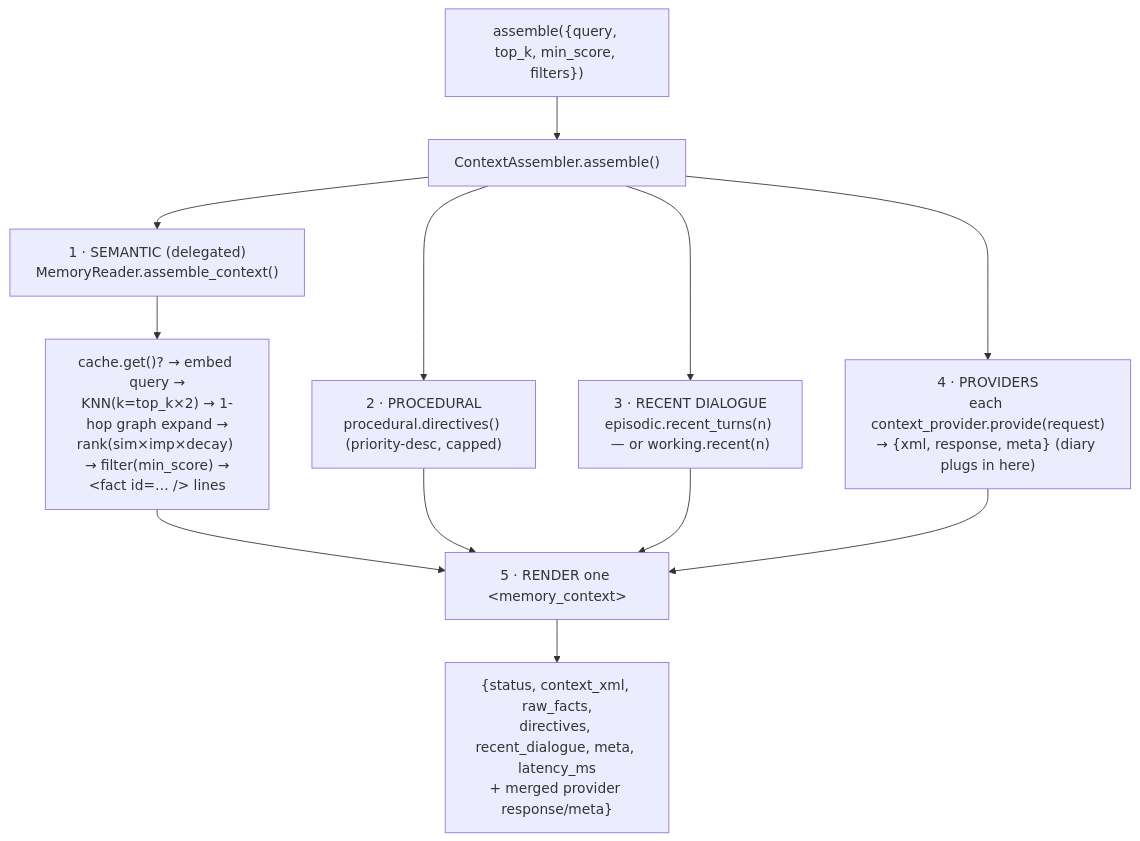
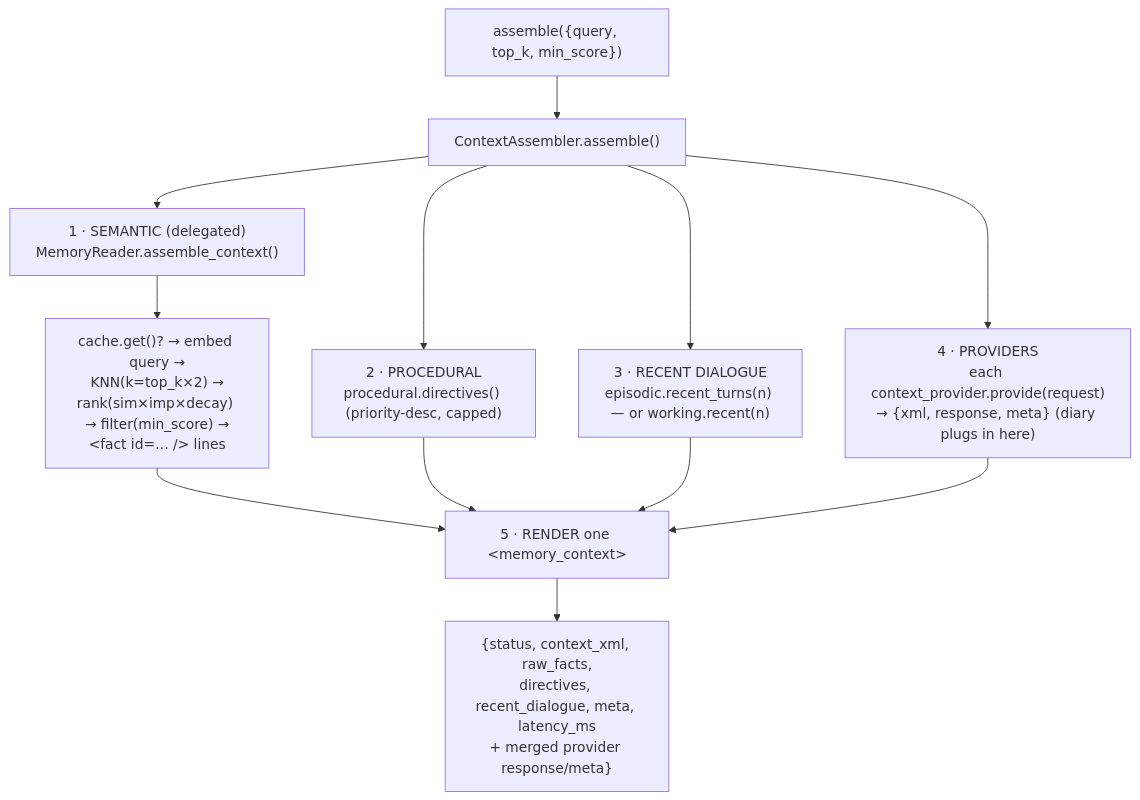
The third of 3 diagrams in docs/io/data-flow.md (Sakushi-Dev/nexus_memory), drawn with Mermaid before and after one commit. The commit also changed other lines of this file and 17 other files, not shown here.

````diff
--- a/docs/io/data-flow.md
+++ b/docs/io/data-flow.md
@@ -181,18 +181,18 @@
 ```mermaid
 flowchart TB
-  req["assemble({query, top_k, min_score, filters})"]
+  req["assemble({query, top_k, min_score})"]
   req --> CA["ContextAssembler.assemble()"]
 
   CA --> S["1 · SEMANTIC (delegated)<br/>MemoryReader.assemble_context()"]
-  S --> Sd["cache.get()? → embed query →<br/>KNN(k=top_k×2) → 1-hop graph expand →<br/>rank(sim×imp×decay) → filter(min_score) →<br/>&lt;fact id=… /&gt; lines"]
+  S --> Sd["cache.get()? → embed query →<br/>KNN(k=top_k×2) →<br/>rank(sim×imp×decay) → filter(min_score) →<br/>&lt;fact id=… /&gt; lines"]
 
   CA --> P["2 · PROCEDURAL<br/>procedural.directives() (priority-desc, capped)"]
   CA --> R["3 · RECENT DIALOGUE<br/>episodic.recent_turns(n) — or working.recent(n)"]
   CA --> PR["4 · PROVIDERS<br/>each context_provider.provide(request)<br/>→ {xml, response, meta} (diary plugs in here)"]
 
   Sd --> RENDER["5 · RENDER one &lt;memory_context&gt;"]
   P --> RENDER
   R --> RENDER
   PR --> RENDER
   RENDER --> OUT["{status, context_xml, raw_facts,<br/>directives, recent_dialogue, meta, latency_ms<br/>+ merged provider response/meta}"]
 ```
````
